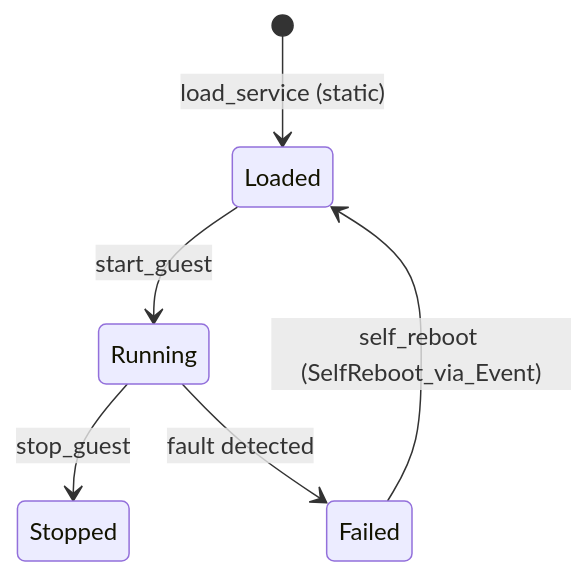
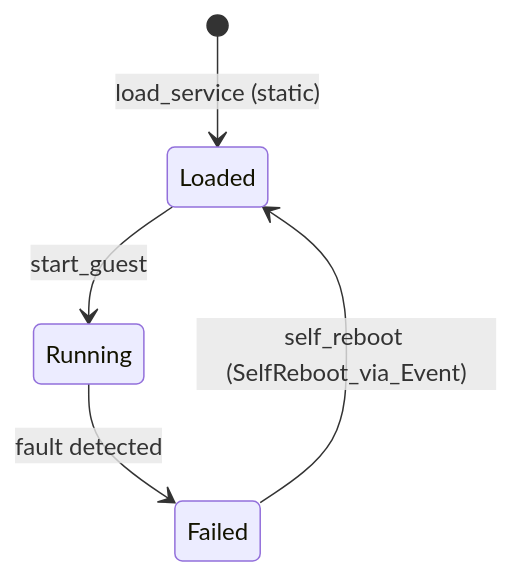
The second of 3 diagrams in docs/components/tier1_interface/system_service.md (kmt-t/fireball), drawn with Mermaid before and after one commit. The commit also changed other lines of this file and 73 other files, not shown here.

````diff
--- a/docs/components/tier1_interface/system_service.md
+++ b/docs/components/tier1_interface/system_service.md
@@ -65,8 +65,7 @@
 ```mermaid
 stateDiagram-v2
     [*] --> Loaded: load_service (static)
     Loaded --> Running: start_guest
-    Running --> Stopped: stop_guest
     Running --> Failed: fault detected
     Failed --> Loaded: self_reboot (SelfReboot_via_Event)
 ```
````
